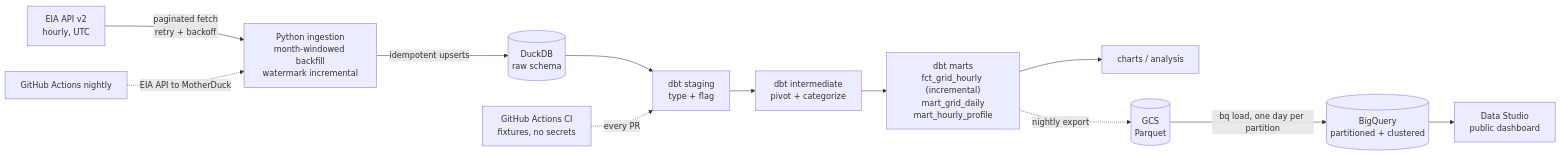
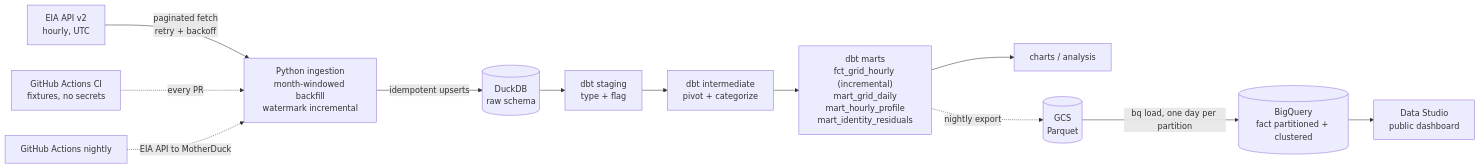
One commit to JosephWong333/energy-grid-pipeline changed the diagram in README.md. Above: the diagram before and after it, drawn with Mermaid. The commit also changed other lines of this file and 19 other files, not shown here.

````diff
--- a/README.md
+++ b/README.md
@@ -54,14 +56,14 @@
 ```mermaid
 flowchart LR
     A[EIA API v2<br/>hourly, UTC] -->|paginated fetch<br/>retry + backoff| B[Python ingestion<br/>month-windowed backfill<br/>watermark incremental]
     B -->|idempotent upserts| C[(DuckDB<br/>raw schema)]
     C --> D[dbt staging<br/>type + flag]
     D --> E[dbt intermediate<br/>pivot + categorize]
-    E --> F["dbt marts<br/>fct_grid_hourly (incremental)<br/>mart_grid_daily<br/>mart_hourly_profile"]
+    E --> F["dbt marts<br/>fct_grid_hourly (incremental)<br/>mart_grid_daily<br/>mart_hourly_profile<br/>mart_identity_residuals"]
     F --> G[charts / analysis]
     F -.->|nightly export| J[(GCS<br/>Parquet)]
-    J -->|"bq load, one day per partition"| K[(BigQuery<br/>partitioned + clustered)]
+    J -->|"bq load, one day per partition"| K[(BigQuery<br/>fact partitioned + clustered)]
     K --> L[Data Studio<br/>public dashboard]
-    H[GitHub Actions CI<br/>fixtures, no secrets] -.->|every PR| D
+    H[GitHub Actions CI<br/>fixtures, no secrets] -.->|every PR| B
     I[GitHub Actions nightly] -.->|"EIA API to MotherDuck"| B
 ```
````
